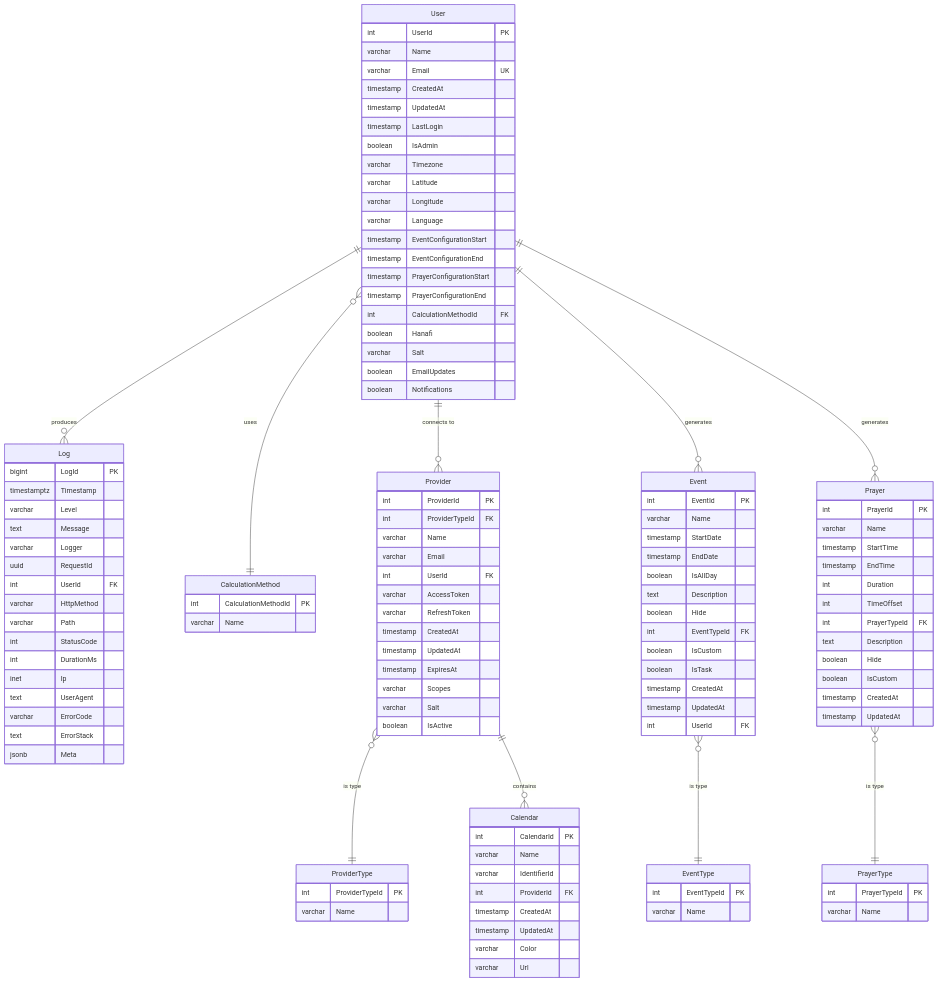
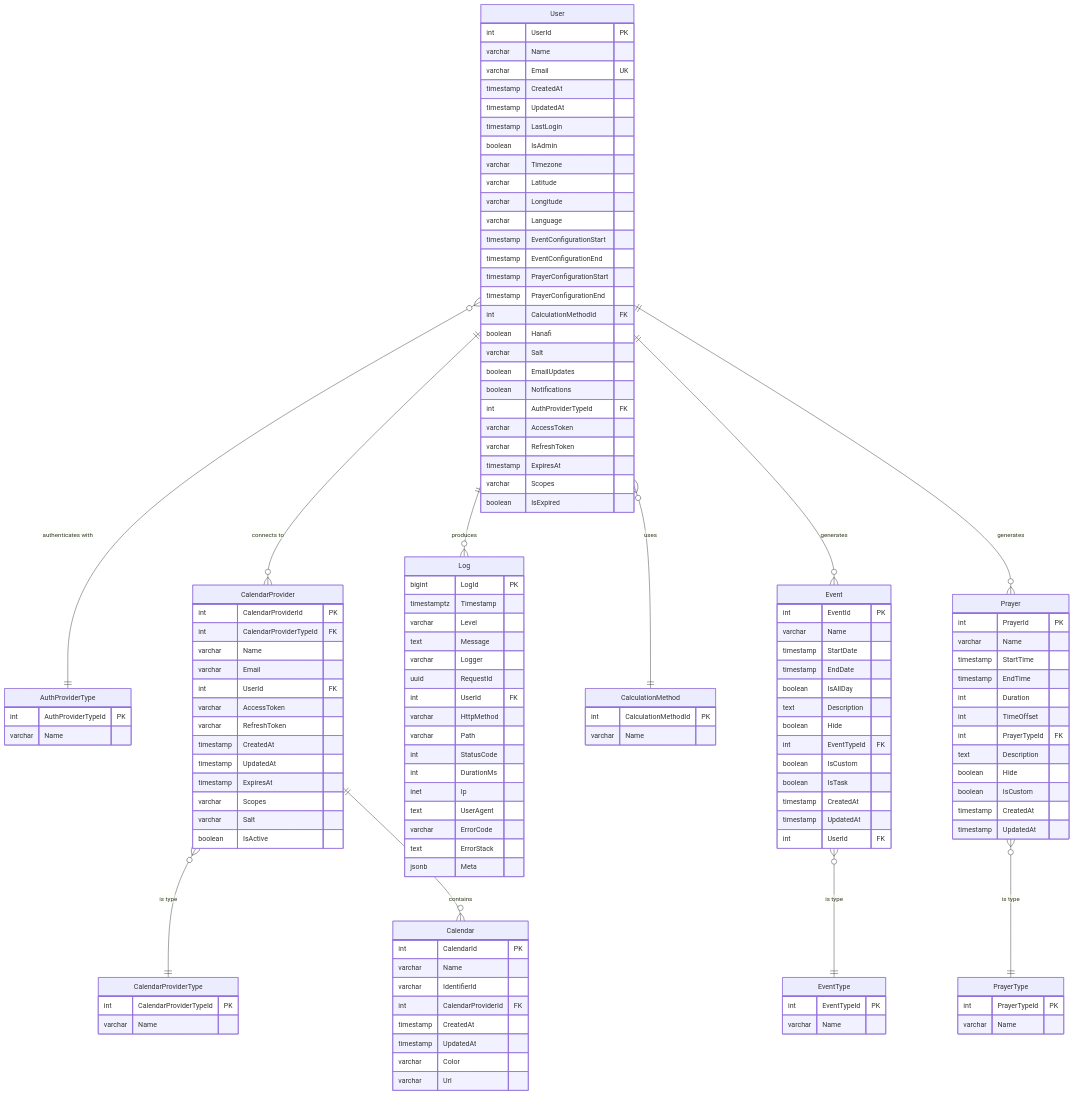
Before and after one commit to mdw223/Islamic-Calendar-Sync: the diagram in _wiki/entity_overview_and_design.md, drawn with Mermaid. The commit also changed other lines of this file and 23 other files, not shown here.

Commit message:
#25 moved auth to user, created calendarprovider. fixed text display in text editor

````diff
--- a/_wiki/entity_overview_and_design.md
+++ b/_wiki/entity_overview_and_design.md
@@ -94,6 +99,38 @@
         varchar Salt
         boolean EmailUpdates
         boolean Notifications
+        int AuthProviderTypeId FK
+        varchar AccessToken
+        varchar RefreshToken
+        timestamp ExpiresAt
+        varchar Scopes
+        boolean IsExpired
+    }
+
+    AuthProviderType {
+        int AuthProviderTypeId PK
+        varchar Name
+    }
+
+    CalendarProviderType {
+        int CalendarProviderTypeId PK
+        varchar Name
+    }
+
+    CalendarProvider {
+        int CalendarProviderId PK
+        int CalendarProviderTypeId FK
+        varchar Name
+        varchar Email
+        int UserId FK
+        varchar AccessToken
+        varchar RefreshToken
+        timestamp CreatedAt
+        timestamp UpdatedAt
+        timestamp ExpiresAt
+        varchar Scopes
+        varchar Salt
+        boolean IsActive
     }
 
     Log {
@@ -118,27 +155,6 @@
     CalculationMethod {
         int CalculationMethodId PK
         varchar Name
-    }
-
-    ProviderType {
-        int ProviderTypeId PK
-        varchar Name
-    }
-
-    Provider {
-        int ProviderId PK
-        int ProviderTypeId FK
-        varchar Name
-        varchar Email
-        int UserId FK
-        varchar AccessToken
-        varchar RefreshToken
-        timestamp CreatedAt
-        timestamp UpdatedAt
-        timestamp ExpiresAt
-        varchar Scopes
-        varchar Salt
-        boolean IsActive
     }
 
     EventType {
@@ -167,7 +183,7 @@
         int CalendarId PK
         varchar Name
         varchar IdentifierId
-        int ProviderId FK
+        int CalendarProviderId FK
         timestamp CreatedAt
         timestamp UpdatedAt
         varchar Color
@@ -194,13 +210,14 @@
         timestamp UpdatedAt
     }
 
-    User ||--o{ Provider : "connects to"
-    Provider }o--|| ProviderType : "is type"
+    User }o--|| AuthProviderType : "authenticates with"
+    User ||--o{ CalendarProvider : "connects to"
+    CalendarProvider }o--|| CalendarProviderType : "is type"
     User }o--|| CalculationMethod : "uses"
     User ||--o{ Event : "generates"
     Event }o--|| EventType : "is type"
     User ||--o{ Log : "produces"
-    Provider ||--o{ Calendar : "contains"
+    CalendarProvider ||--o{ Calendar : "contains"
     User ||--o{ Prayer : "generates"
     Prayer }o--|| PrayerType : "is type"
 ```
````
